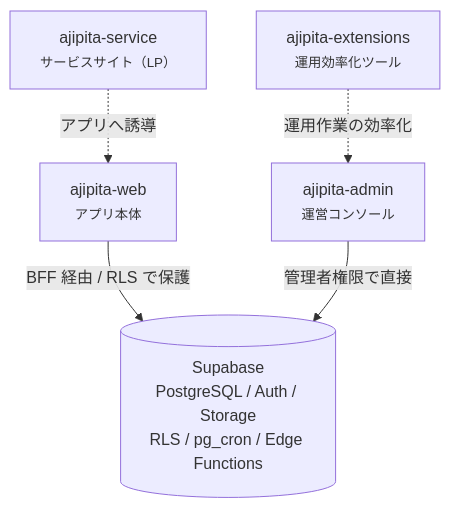
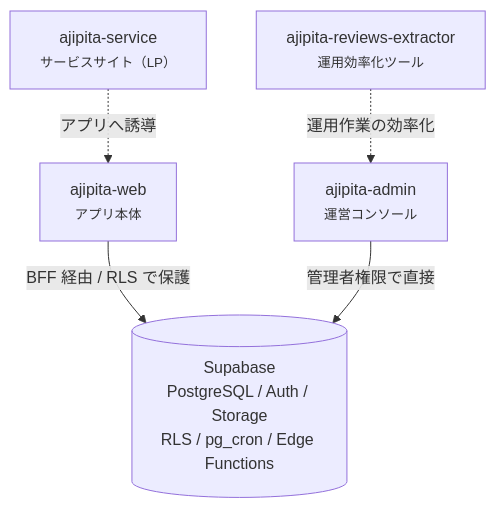
The diagram in docs/01-architecture.md (tzptzptzptzptzp/ajipita-inside), drawn with Mermaid before and after one commit. The commit also changed other lines of this file and 7 other files, not shown here.

````diff
--- a/docs/01-architecture.md
+++ b/docs/01-architecture.md
@@ -11,14 +11,14 @@
 ```mermaid
 flowchart TB
     DB[("Supabase<br/>PostgreSQL / Auth / Storage<br/>RLS / pg_cron / Edge Functions")]
 
     WEB["ajipita-web<br/><small>アプリ本体</small>"]
     ADMIN["ajipita-admin<br/><small>運営コンソール</small>"]
     SERVICE["ajipita-service<br/><small>サービスサイト（LP）</small>"]
-    EXT["ajipita-extensions<br/><small>運用効率化ツール</small>"]
+    EXT["ajipita-reviews-extractor<br/><small>運用効率化ツール</small>"]
 
     WEB -->|"BFF 経由 / RLS で保護"| DB
     ADMIN -->|"管理者権限で直接"| DB
     SERVICE -.->|"アプリへ誘導"| WEB
     EXT -.->|"運用作業の効率化"| ADMIN
 ```
````
